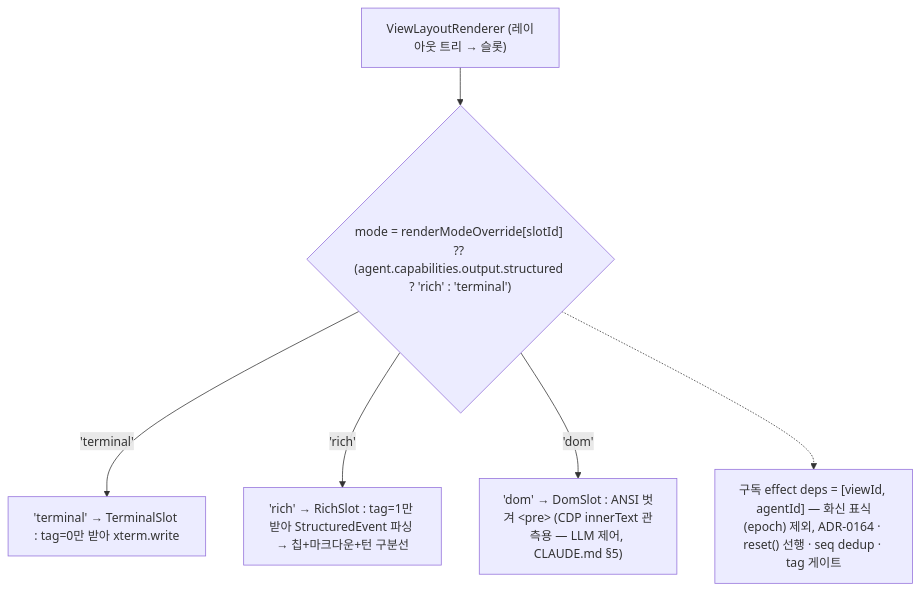
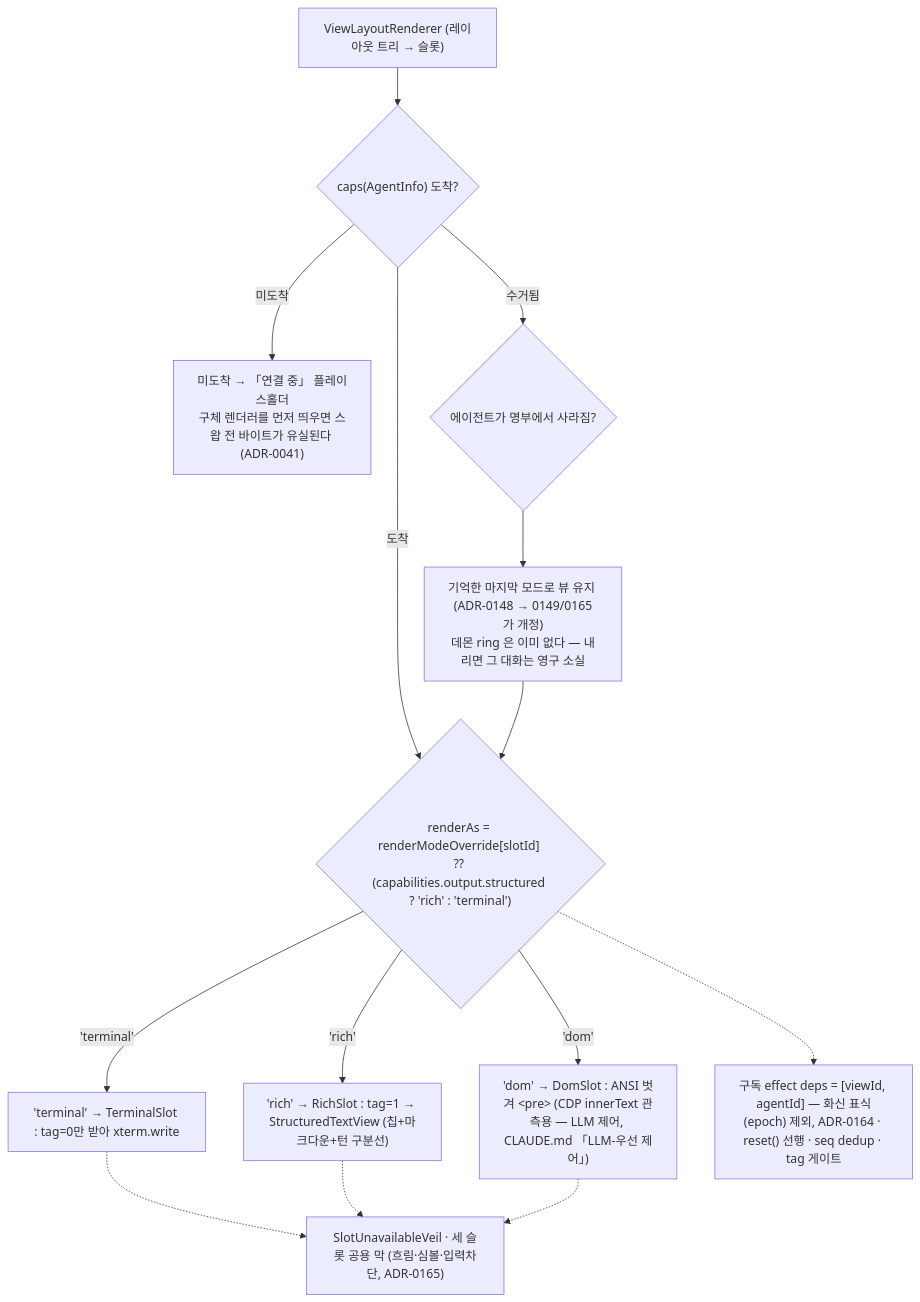
Before and after one commit to kimsunzun/engram-dashboard: diagram 16 of 20 in docs/reference/architecture-overview.md, drawn with Mermaid. The commit also changed other lines of this file and 2 other files, not shown here.

````diff
--- a/docs/reference/architecture-overview.md
+++ b/docs/reference/architecture-overview.md
@@ -541,15 +617,27 @@
 ```mermaid
 flowchart TD
   VLR["ViewLayoutRenderer (레이아웃 트리 → 슬롯)"]
-  MODE{"mode = renderModeOverride[slotId] ?? (agent.capabilities.output.structured ? 'rich' : 'terminal')"}
+  CAPS{"caps(AgentInfo) 도착?"}
+  PH["미도착 → 「연결 중」 플레이스홀더<br/>구체 렌더러를 먼저 띄우면 스왑 전 바이트가 유실된다 (ADR-0041)"]
+  KEPT{"에이전트가 명부에서 사라짐?"}
+  KEEP["기억한 마지막 모드로 뷰 유지 (ADR-0148 → 0149/0165가 개정)<br/>데몬 ring 은 이미 없다 — 내리면 그 대화는 영구 소실"]
+  MODE{"renderAs = renderModeOverride[slotId] ?? (capabilities.output.structured ? 'rich' : 'terminal')"}
   TS["'terminal' → TerminalSlot : tag=0만 받아 xterm.write"]
-  RS["'rich' → RichSlot : tag=1만 받아 StructuredEvent 파싱 → 칩+마크다운+턴 구분선"]
-  DS["'dom' → DomSlot : ANSI 벗겨 &lt;pre&gt; (CDP innerText 관측용 — LLM 제어, CLAUDE.md §5)"]
+  RS["'rich' → RichSlot : tag=1 → StructuredTextView (칩+마크다운+턴 구분선)"]
+  DS["'dom' → DomSlot : ANSI 벗겨 &lt;pre&gt; (CDP innerText 관측용 — LLM 제어, CLAUDE.md 「LLM-우선 제어」)"]
+  VEIL["SlotUnavailableVeil · 세 슬롯 공용 막 (흐림·심볼·입력차단, ADR-0165)"]
   NOTE["구독 effect deps = [viewId, agentId] — 화신 표식(epoch) 제외, ADR-0164 · reset() 선행 · seq dedup · tag 게이트"]
 
-  VLR --> MODE
+  VLR --> CAPS
+  CAPS -->|"미도착"| PH
+  CAPS -->|"도착"| MODE
+  CAPS -->|"수거됨"| KEPT
+  KEPT --> KEEP --> MODE
   MODE -->|"'terminal'"| TS
   MODE -->|"'rich'"| RS
   MODE -->|"'dom'"| DS
+  TS -.-> VEIL
+  RS -.-> VEIL
+  DS -.-> VEIL
   MODE -.-> NOTE
 ```
````
